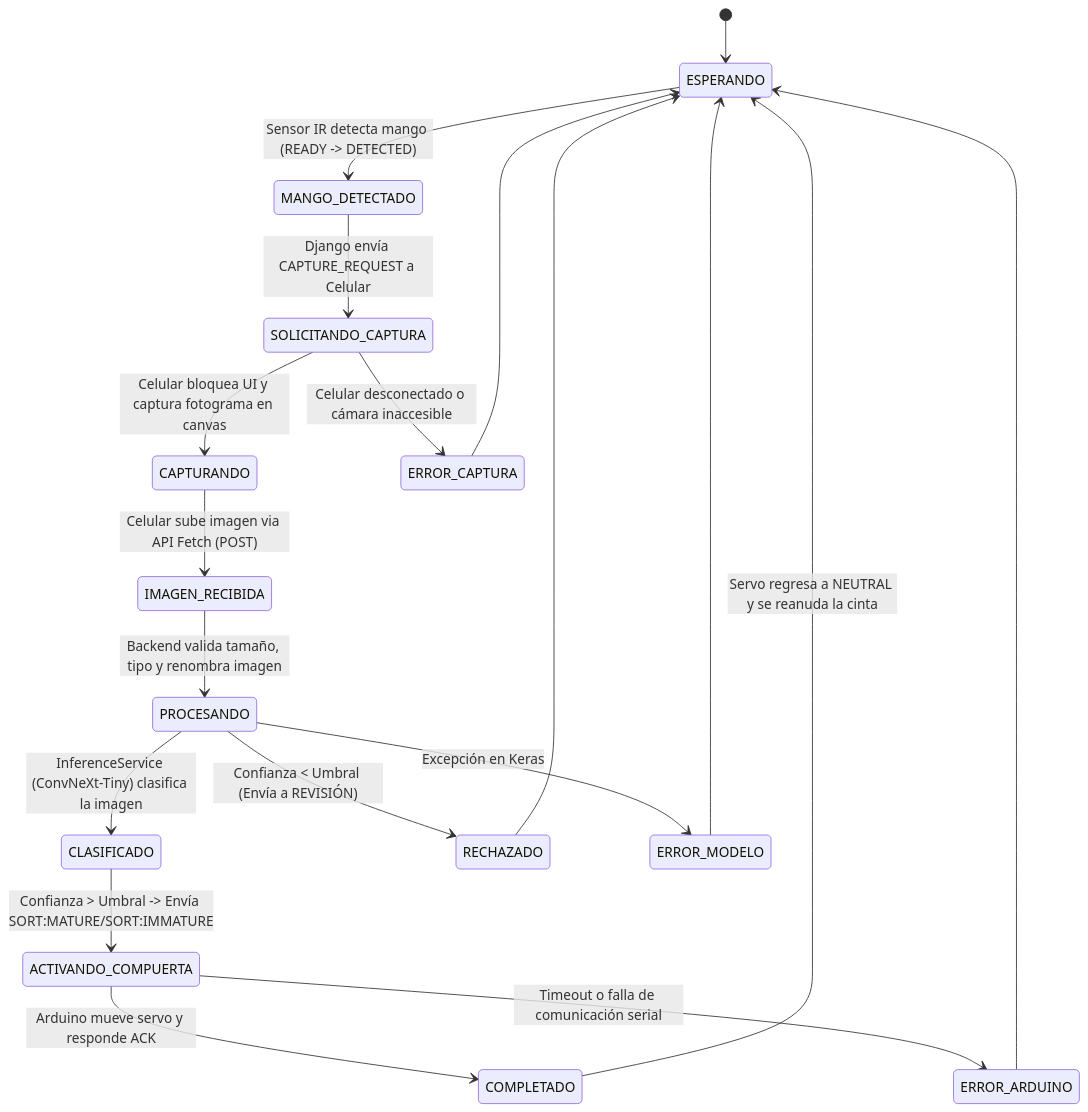
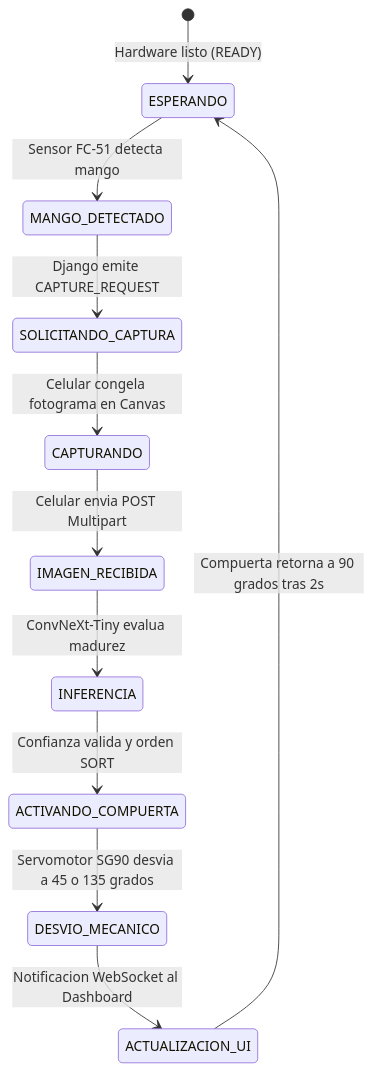
The second of 2 diagrams in README.md (JhosepSF/MangoSmart-Sorter), drawn with Mermaid before and after one commit. The commit also changed other lines of this file and 25 other files, not shown here.

````diff
--- a/README.md
+++ b/README.md
@@ -63,24 +107,13 @@
 ```mermaid
 stateDiagram-v2
-    [*] --> ESPERANDO
-    ESPERANDO --> MANGO_DETECTADO : Sensor IR detecta mango (READY -> DETECTED)
-    MANGO_DETECTADO --> SOLICITANDO_CAPTURA : Django envía CAPTURE_REQUEST a Celular
-    SOLICITANDO_CAPTURA --> CAPTURANDO : Celular bloquea UI y captura fotograma en canvas
-    CAPTURANDO --> IMAGEN_RECIBIDA : Celular sube imagen via API Fetch (POST)
-    IMAGEN_RECIBIDA --> PROCESANDO : Backend valida tamaño, tipo y renombra imagen
-    PROCESANDO --> CLASIFICADO : InferenceService (ConvNeXt-Tiny) clasifica la imagen
-    CLASIFICADO --> ACTIVANDO_COMPUERTA : Confianza > Umbral -> Envía SORT:MATURE/SORT:IMMATURE
-    ACTIVANDO_COMPUERTA --> COMPLETADO : Arduino mueve servo y responde ACK
-    COMPLETADO --> ESPERANDO : Servo regresa a NEUTRAL y se reanuda la cinta
-    
-    %% Flujos de error o desvío
-    PROCESANDO --> RECHAZADO : Confianza < Umbral (Envía a REVISIÓN)
-    PROCESANDO --> ERROR_MODELO : Excepción en Keras
-    SOLICITANDO_CAPTURA --> ERROR_CAPTURA : Celular desconectado o cámara inaccesible
-    ACTIVANDO_COMPUERTA --> ERROR_ARDUINO : Timeout o falla de comunicación serial
-    
-    RECHAZADO --> ESPERANDO
-    ERROR_MODELO --> ESPERANDO
-    ERROR_CAPTURA --> ESPERANDO
-    ERROR_ARDUINO --> ESPERANDO
+    [*] --> ESPERANDO : Hardware listo (READY)
+    ESPERANDO --> MANGO_DETECTADO : Sensor FC-51 detecta mango
+    MANGO_DETECTADO --> SOLICITANDO_CAPTURA : Django emite CAPTURE_REQUEST
+    SOLICITANDO_CAPTURA --> CAPTURANDO : Celular congela fotograma en Canvas
+    CAPTURANDO --> IMAGEN_RECIBIDA : Celular envia POST Multipart
+    IMAGEN_RECIBIDA --> INFERENCIA : ConvNeXt-Tiny evalua madurez
+    INFERENCIA --> ACTIVANDO_COMPUERTA : Confianza valida y orden SORT
+    ACTIVANDO_COMPUERTA --> DESVIO_MECANICO : Servomotor SG90 desvia a 45 o 135 grados
+    DESVIO_MECANICO --> ACTUALIZACION_UI : Notificacion WebSocket al Dashboard
+    ACTUALIZACION_UI --> ESPERANDO : Compuerta retorna a 90 grados tras 2s
 ```
````
